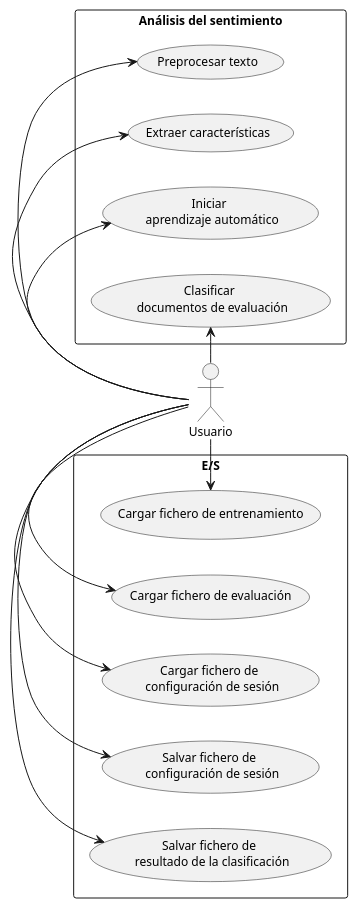
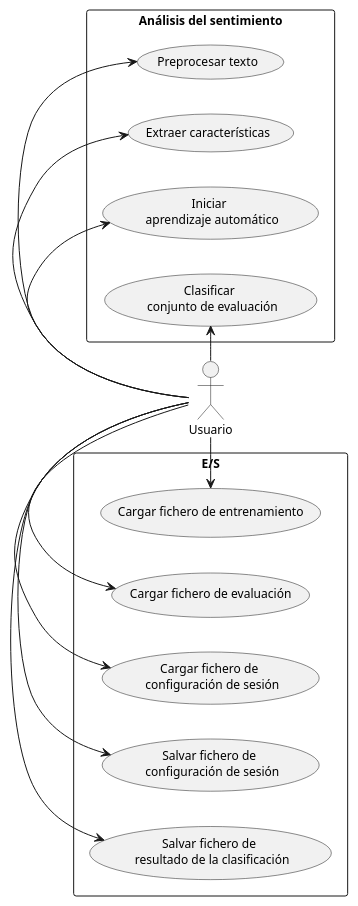
One commit to terrex/SentimentAnalysis changed the diagram in memoria/use-cases.puml. Above: the diagram before and after it, drawn with PlantUML. The commit also changed 3 other files, not shown here.

```diff
--- a/memoria/use-cases.puml
+++ b/memoria/use-cases.puml
@@ -1,29 +1,29 @@
 @startuml
 left to right direction
 skinparam packageStyle rect
 skinparam DefaultFontSize 12
 skinparam DefaultFontName "Hoefler Text"
 rectangle "E/S" {
   (Cargar fichero de entrenamiento) as loadtraintsv
   (Cargar fichero de evaluación) as loadtesttsv
   (Cargar fichero de \n configuración de sesión)  as loadyaml
   (Salvar fichero de \n configuración de sesión) as saveyaml
   (Salvar fichero de \n resultado de la clasificación) as savesubmissioncsv
 }
 :Usuario:
 loadtraintsv <- :Usuario:
 loadtesttsv <- :Usuario:
 loadyaml <- :Usuario:
 saveyaml <- :Usuario:
 savesubmissioncsv <- :Usuario:
 rectangle "Análisis del sentimiento" {
   (Preprocesar texto) as preproc
   (Extraer características) as features
   (Iniciar \n aprendizaje automático) as learn
-  (Clasificar \n documentos de evaluación) as classify
+  (Clasificar \n conjunto de evaluación) as classify
 }
 :Usuario: -> preproc
 :Usuario: -> features
 :Usuario: -> learn
 :Usuario: -> classify
 @enduml
```
